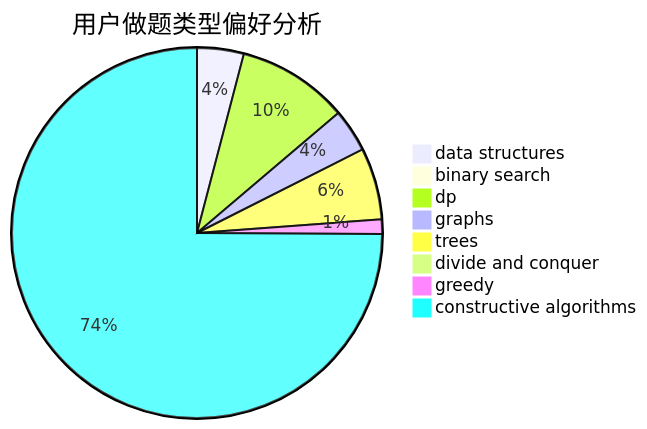
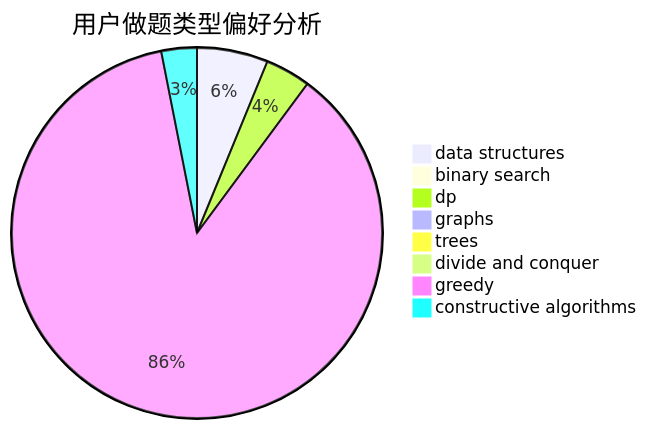
The second of 3 diagrams in docs/user/u2309.md (sherpahu/cfrs.github.io), drawn with Mermaid before and after one commit. The commit also changed other lines of this file and 2770 other files, not shown here.

````diff
--- a/docs/user/u2309.md
+++ b/docs/user/u2309.md
@@ -23,11 +23,11 @@
 ```mermaid
 pie title 用户做题类型偏好分析
-    "data structures" :  13
-    "binary search" :  3
-    "dp" :  31
-    "graphs" :  12
-    "trees" :  20
-    "divide and conquer" :  1
-    "greedy" :  4
-    "constructive algorithms" :  239
+    "data structures" :  22
+    "binary search" :  1
+    "dp" :  14
+    "graphs" :  2
+    "trees" :  1
+    "divide and conquer" :  0
+    "greedy" :  308
+    "constructive algorithms" :  11
 ```
````
